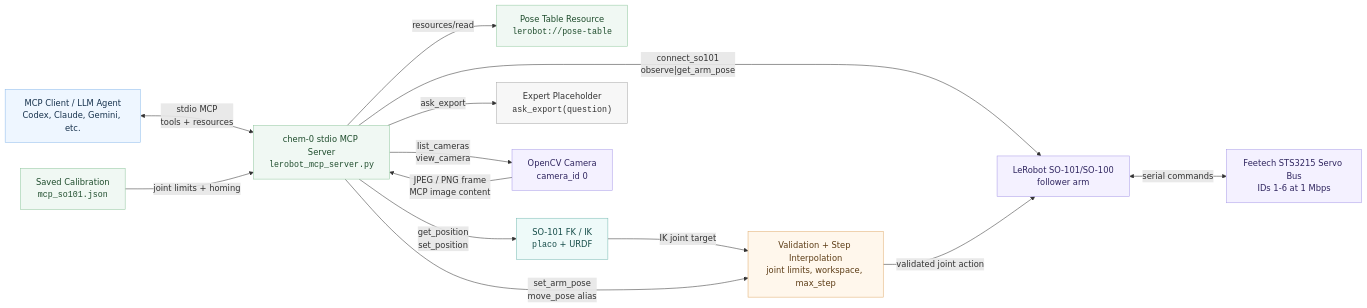
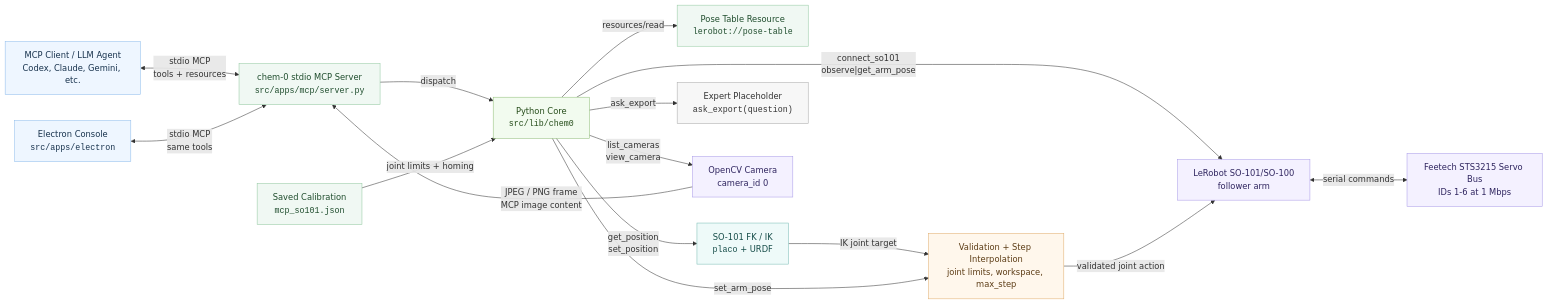
Before and after one commit to JacobFV/chem-0: the first of 2 diagrams in README.md, drawn with Mermaid. The commit also changed other lines of this file and 27 other files, not shown here.

Commit message:
Refactor MCP into monorepo apps

````diff
--- a/README.md
+++ b/README.md
@@ -57,39 +59,45 @@
 ```mermaid
 flowchart LR
     agent["MCP Client / LLM Agent<br/>Codex, Claude, Gemini, etc."]
-    server["chem-0 stdio MCP Server<br/><code>lerobot_mcp_server.py</code>"]
+    desktop["Electron Console<br/><code>src/apps/electron</code>"]
+    server["chem-0 stdio MCP Server<br/><code>src/apps/mcp/server.py</code>"]
+    core["Python Core<br/><code>src/lib/chem0</code>"]
     pose["Pose Table Resource<br/><code>lerobot://pose-table</code>"]
     ik["SO-101 FK / IK<br/><code>placo</code> + URDF"]
     safety["Validation + Step Interpolation<br/>joint limits, workspace, max_step"]
     expert["Expert Placeholder<br/><code>ask_export(question)</code>"]
     camera["OpenCV Camera<br/>camera_id 0"]
     robot["LeRobot SO-101/SO-100<br/>follower arm"]
     bus["Feetech STS3215 Servo Bus<br/>IDs 1-6 at 1 Mbps"]
     calib["Saved Calibration<br/><code>mcp_so101.json</code>"]
 
     agent <-->|"stdio MCP<br/>tools + resources"| server
-    server -->|"resources/read"| pose
-    server -->|"list_cameras<br/>view_camera"| camera
+    desktop <-->|"stdio MCP<br/>same tools"| server
+    server -->|"dispatch"| core
+    core -->|"resources/read"| pose
+    core -->|"list_cameras<br/>view_camera"| camera
     camera -->|"JPEG / PNG frame<br/>MCP image content"| server
-    server -->|"connect_so101<br/>observe|get_arm_pose"| robot
-    server -->|"get_position<br/>set_position"| ik
+    core -->|"connect_so101<br/>observe|get_arm_pose"| robot
+    core -->|"get_position<br/>set_position"| ik
     ik -->|"IK joint target"| safety
-    server -->|"set_arm_pose<br/>move_pose alias"| safety
-    server -->|"ask_export"| expert
+    core -->|"set_arm_pose"| safety
+    core -->|"ask_export"| expert
     safety -->|"validated joint action"| robot
-    calib -->|"joint limits + homing"| server
+    calib -->|"joint limits + homing"| core
     robot <-->|"serial commands"| bus
 
     classDef agent fill:#eef6ff,stroke:#8fbceb,color:#17324d
     classDef server fill:#f0f8f3,stroke:#92c8a0,color:#1f4d2d
+    classDef core fill:#f2fbef,stroke:#8fbd76,color:#264d1a
     classDef safety fill:#fff7ec,stroke:#e0ad6e,color:#5d3d16
     classDef ik fill:#eefaf9,stroke:#79bbb4,color:#164d49
     classDef expert fill:#f7f7f7,stroke:#aaa,color:#333
     classDef hardware fill:#f4f1ff,stroke:#a99be8,color:#2f255f
-    class agent agent
+    class agent,desktop agent
     class server,pose,calib server
+    class core core
     class safety safety
     class ik ik
     class expert expert
     class camera,robot,bus hardware
 ```
````
